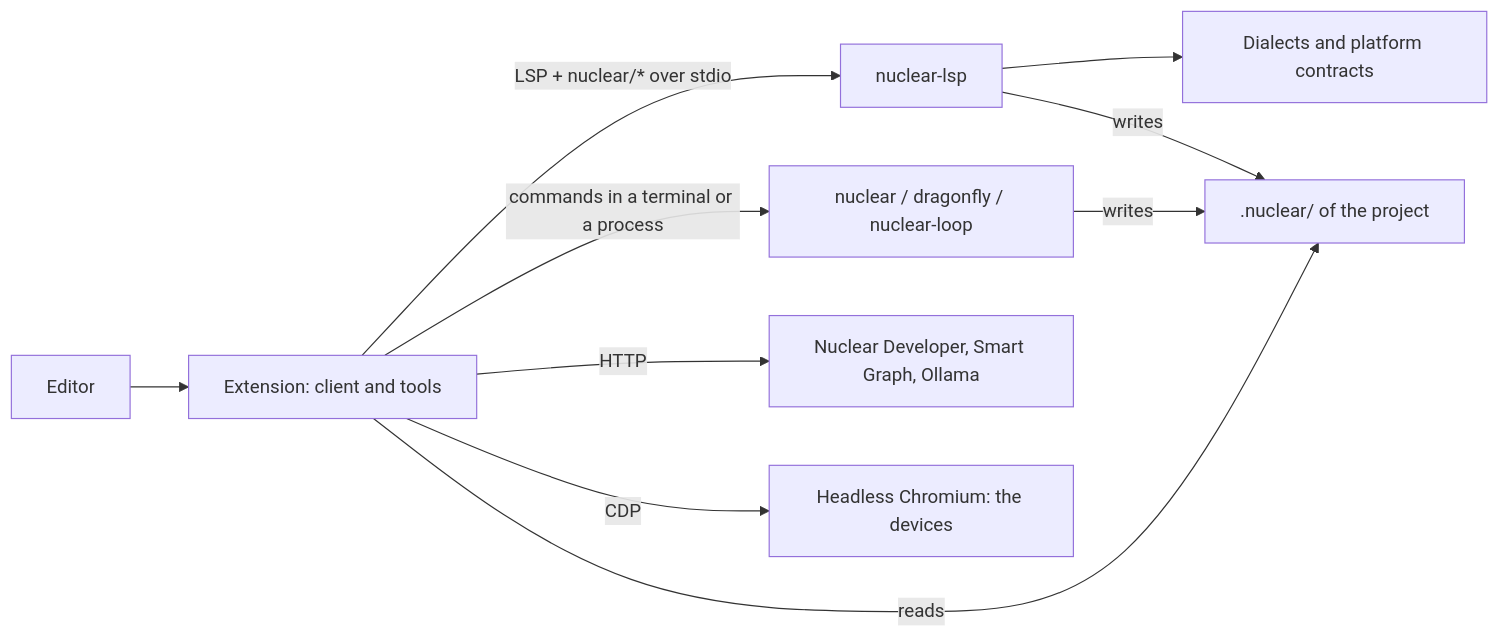
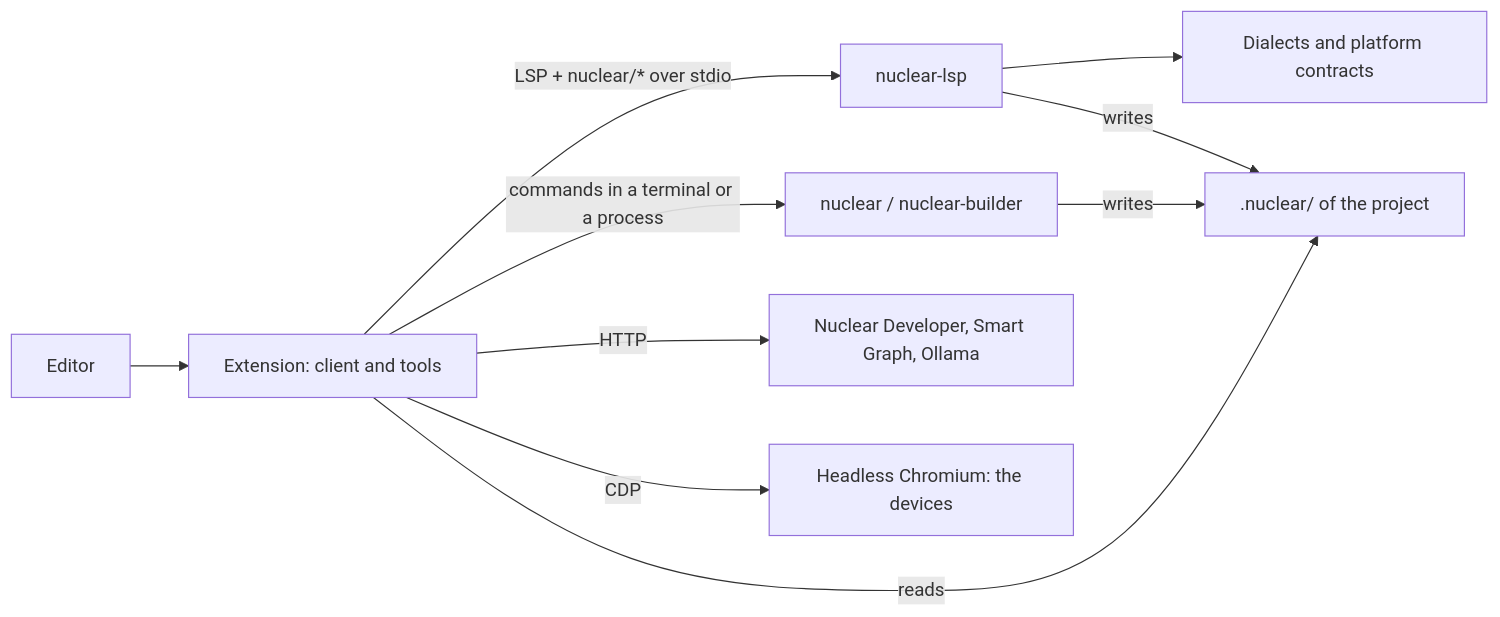
The diagram in extensions/docs/02-architecture/overview.md (nuclearlang/lang), drawn with Mermaid before and after one commit. The commit also changed other lines of this file and 966 other files, not shown here.

````diff
--- a/extensions/docs/02-architecture/overview.md
+++ b/extensions/docs/02-architecture/overview.md
@@ -11,12 +11,12 @@
 ```mermaid
 flowchart LR
   editor[Editor] --> ext[Extension: client and tools]
   ext -- "LSP + nuclear/* over stdio" --> lsp[nuclear-lsp]
   lsp --> dialects[Dialects and platform contracts]
-  ext -- "commands in a terminal or a process" --> cli[nuclear / dragonfly / nuclear-loop]
+  ext -- "commands in a terminal or a process" --> cli[nuclear / nuclear-builder]
   ext -- HTTP --> ai[Nuclear Developer, Smart Graph, Ollama]
   ext -- CDP --> browser[Headless Chromium: the devices]
   lsp -- writes --> files[".nuclear/ of the project"]
   cli -- writes --> files
   ext -- reads --> files
 ```
````
